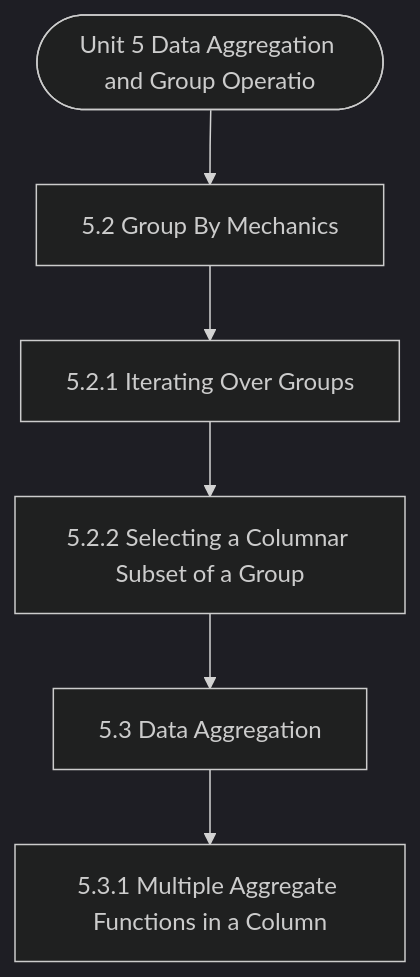
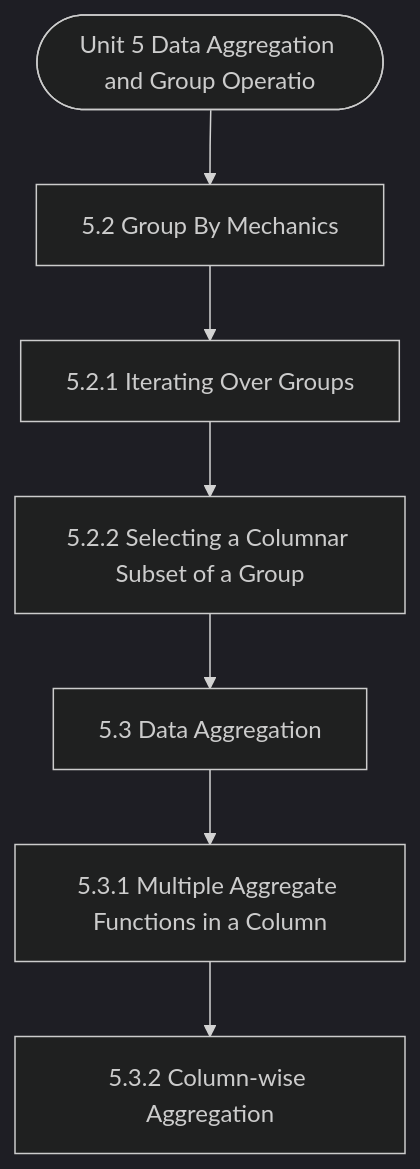
The diagram in notes/Semester_2/MCS-067_Data_Wrangling_and_Visualization/unit_05_Data_Aggregation_and_Group_Operations.md (Asutosh-Coaching/mscdsa), drawn with Mermaid (dark theme) before and after one commit. The commit also changed other lines of this file and 116 other files, not shown here.

````diff
--- a/notes/Semester_2/MCS-067_Data_Wrangling_and_Visualization/unit_05_Data_Aggregation_and_Group_Operations.md
+++ b/notes/Semester_2/MCS-067_Data_Wrangling_and_Visualization/unit_05_Data_Aggregation_and_Group_Operations.md
@@ -19,14 +19,16 @@
 ```mermaid
 flowchart TD
   Start(["Unit 5 Data Aggregation and Group Operatio"])
   N1["5.2 Group By Mechanics"]
   N2["5.2.1 Iterating Over Groups"]
   N3["5.2.2 Selecting a Columnar Subset of a Group"]
   N4["5.3 Data Aggregation"]
   N5["5.3.1 Multiple Aggregate Functions in a Column"]
+  N6["5.3.2 Column-wise Aggregation"]
   Start --> N1
   N1 --> N2
   N2 --> N3
   N3 --> N4
   N4 --> N5
+  N5 --> N6
 ```
````
